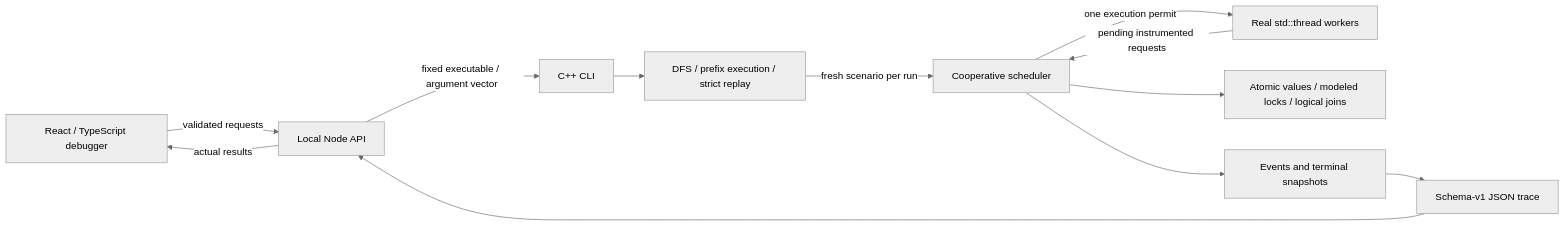
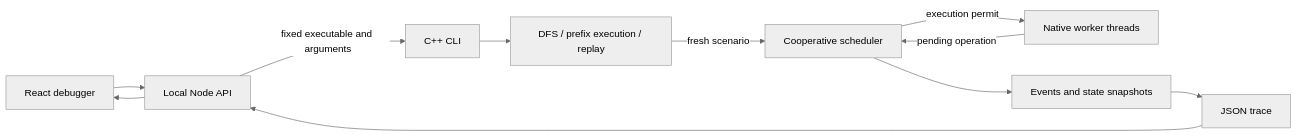
The diagram in README.md (300-iq/ThreadScope-Deterministic-Concurrency-Debugger), drawn with Mermaid (neutral theme) before and after one commit. The commit also changed other lines of this file and 19 other files, not shown here.

````diff
--- a/README.md
+++ b/README.md
@@ -40,14 +92,13 @@
 ```mermaid
 flowchart LR
-    UI[React / TypeScript debugger] -->|validated requests| API[Local Node API]
-    API -->|fixed executable / argument vector| CLI[C++ CLI]
-    CLI --> E[DFS / prefix execution / strict replay]
-    E -->|fresh scenario per run| S[Cooperative scheduler]
-    S -->|one execution permit| W[Real std::thread workers]
-    W -->|pending instrumented requests| S
-    S --> R[Atomic values / modeled locks / logical joins]
-    S --> T[Events and terminal snapshots]
-    T --> J[Schema-v1 JSON trace]
+    UI[React debugger] --> API[Local Node API]
+    API -->|fixed executable and arguments| CLI[C++ CLI]
+    CLI --> E[DFS / prefix execution / replay]
+    E -->|fresh scenario| S[Cooperative scheduler]
+    S -->|execution permit| W[Native worker threads]
+    W -->|pending operation| S
+    S --> T[Events and state snapshots]
+    T --> J[JSON trace]
     J --> API
-    API -->|actual results| UI
+    API --> UI
 ```
````
